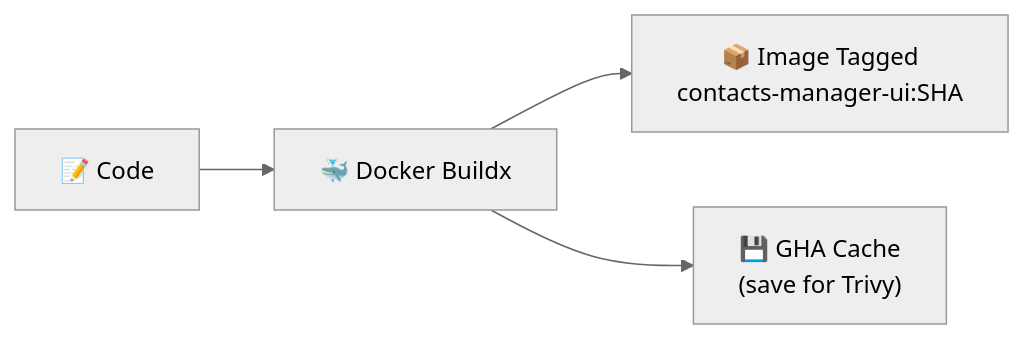
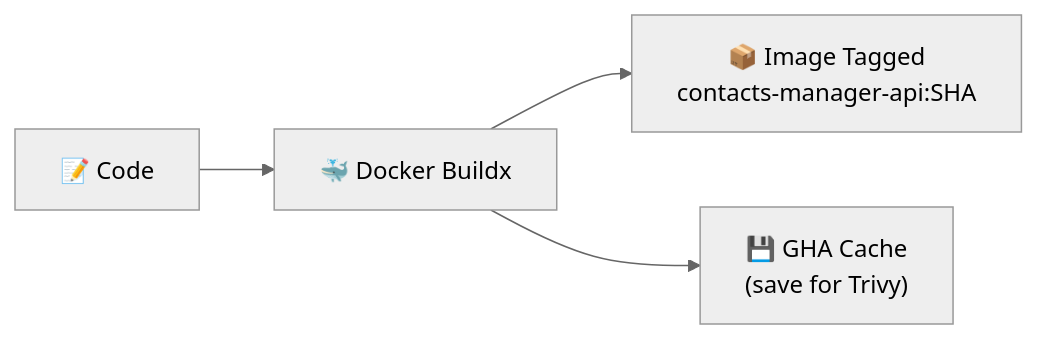
The ninth of 15 diagrams in README.md (Ahmed-yasser86/RelationshipIntelligence), drawn with Mermaid (neutral theme) before and after one commit. The commit also changed other lines of this file and 13 other files, not shown here.

````diff
--- a/README.md
+++ b/README.md
@@ -305,6 +305,6 @@
 ```mermaid
 flowchart LR
     Code["📝 Code"] --> Docker["🐳 Docker Buildx"]
-    Docker --> Image["📦 Image Tagged<br/>contacts-manager-ui:SHA"]
+    Docker --> Image["📦 Image Tagged<br/>contacts-manager-api:SHA"]
     Docker --> Cache["💾 GHA Cache<br/>(save for Trivy)"]
 ```
````
